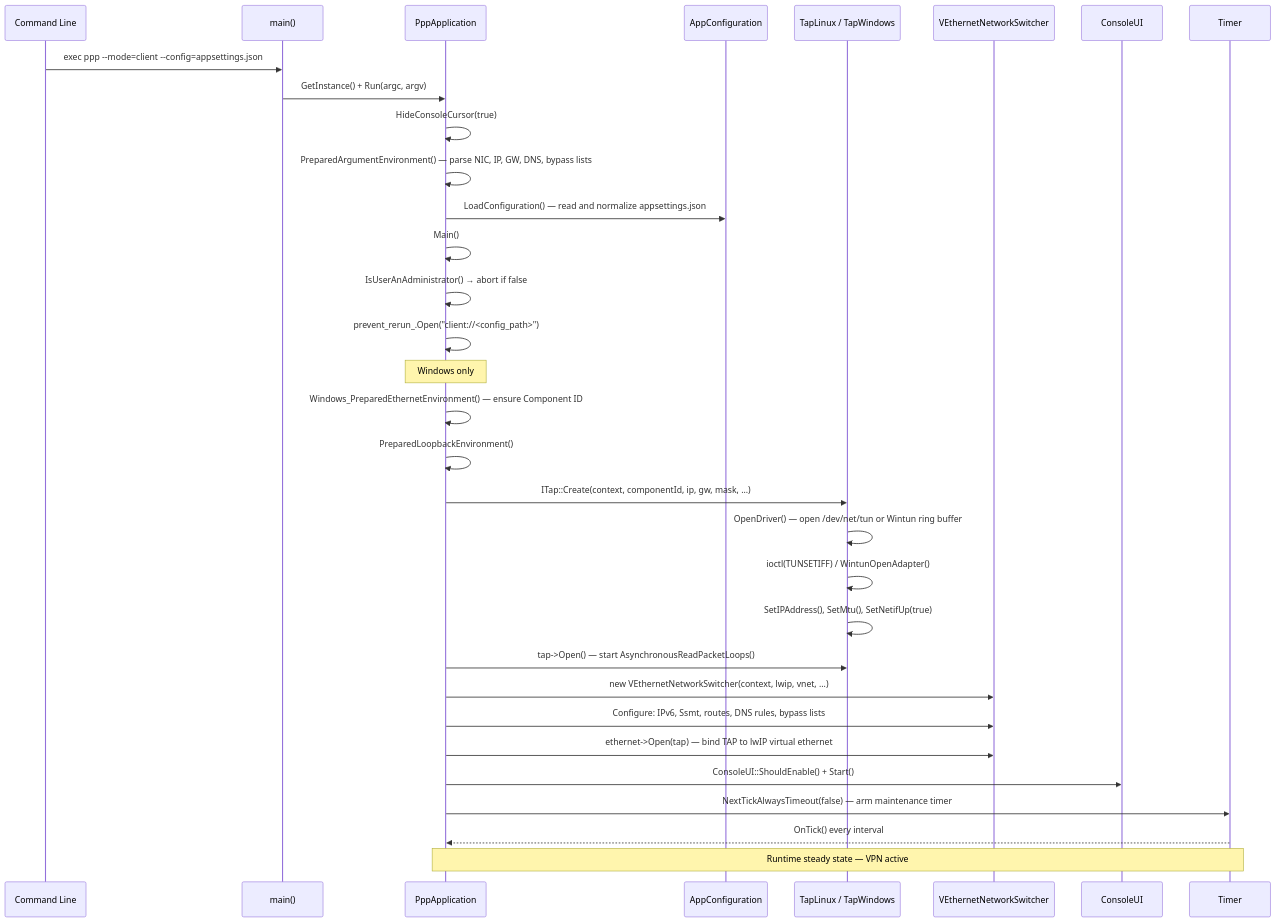
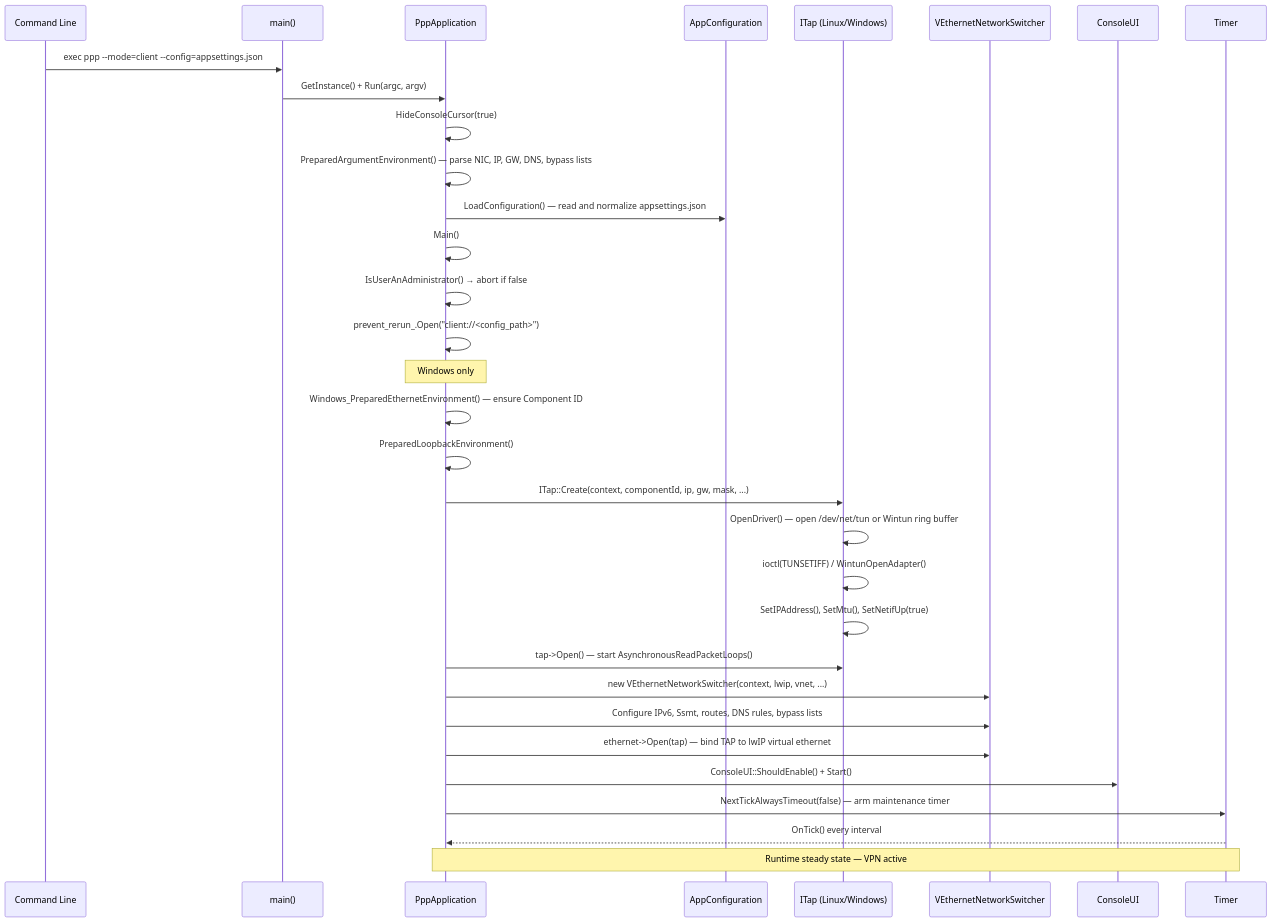
The seventh of 10 diagrams in docs/STARTUP_AND_LIFECYCLE.md (HyacinthHaru/openppp2), drawn with Mermaid before and after one commit. The commit also changed other lines of this file and 93 other files, not shown here.

````diff
--- a/docs/STARTUP_AND_LIFECYCLE.md
+++ b/docs/STARTUP_AND_LIFECYCLE.md
@@ -301,35 +321,35 @@
 ```mermaid
 sequenceDiagram
     participant CLI as Command Line
     participant main as main()
     participant app as PppApplication
     participant cfg as AppConfiguration
-    participant tap as TapLinux / TapWindows
+    participant tap as ITap (Linux/Windows)
     participant eth as VEthernetNetworkSwitcher
     participant tui as ConsoleUI
     participant tick as Timer
 
     CLI->>main: exec ppp --mode=client --config=appsettings.json
     main->>app: GetInstance() + Run(argc, argv)
     app->>app: HideConsoleCursor(true)
     app->>app: PreparedArgumentEnvironment() — parse NIC, IP, GW, DNS, bypass lists
     app->>cfg: LoadConfiguration() — read and normalize appsettings.json
     app->>app: Main()
     app->>app: IsUserAnAdministrator() → abort if false
     app->>app: prevent_rerun_.Open("client://<config_path>")
     note over app: Windows only
     app->>app: Windows_PreparedEthernetEnvironment() — ensure Component ID
     app->>app: PreparedLoopbackEnvironment()
     app->>tap: ITap::Create(context, componentId, ip, gw, mask, ...)
     tap->>tap: OpenDriver() — open /dev/net/tun or Wintun ring buffer
     tap->>tap: ioctl(TUNSETIFF) / WintunOpenAdapter()
     tap->>tap: SetIPAddress(), SetMtu(), SetNetifUp(true)
     app->>tap: tap->Open() — start AsynchronousReadPacketLoops()
     app->>eth: new VEthernetNetworkSwitcher(context, lwip, vnet, ...)
-    app->>eth: Configure: IPv6, Ssmt, routes, DNS rules, bypass lists
+    app->>eth: Configure IPv6, Ssmt, routes, DNS rules, bypass lists
     app->>eth: ethernet->Open(tap) — bind TAP to lwIP virtual ethernet
     app->>tui: ConsoleUI::ShouldEnable() + Start()
     app->>tick: NextTickAlwaysTimeout(false) — arm maintenance timer
     tick-->>app: OnTick() every interval
     note over app,tick: Runtime steady state — VPN active
 ```
````
